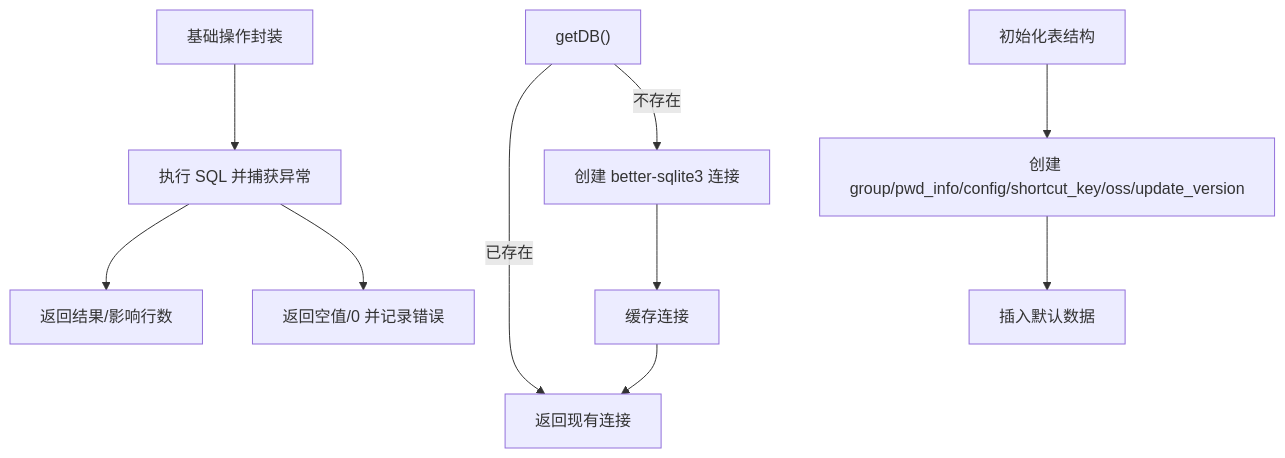
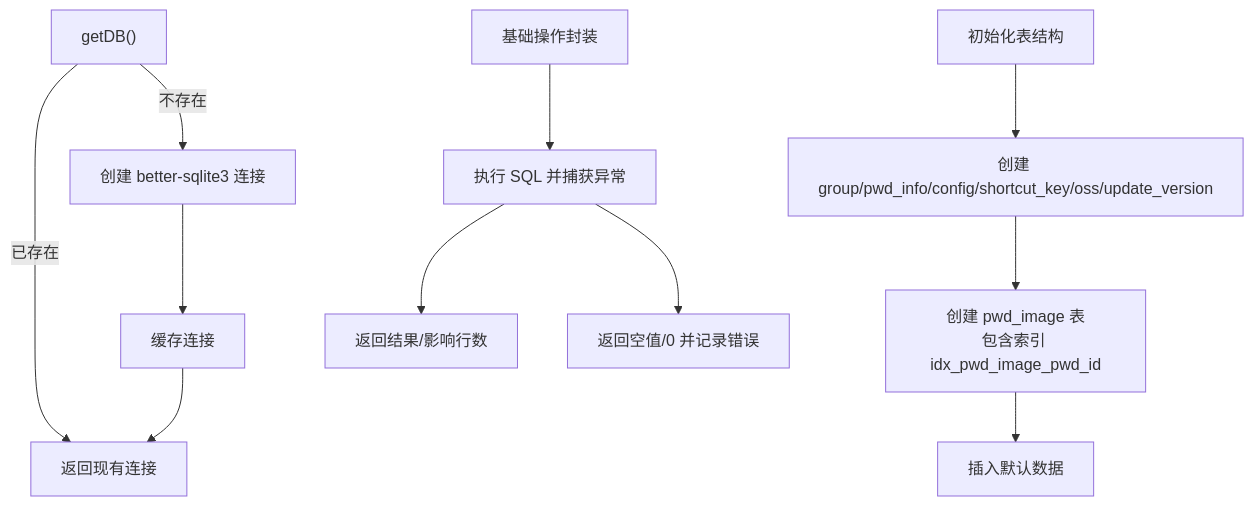
The sixth of 9 diagrams in .qoder/repowiki/zh/content/架构设计/IPC通信机制.md (scgithub3220216/password-manager), drawn with Mermaid before and after one commit. The commit also changed other lines of this file and 9 other files, not shown here.

First line of the commit message:
feat(sync): 新增图像数据同步支持

````diff
--- a/.qoder/repowiki/zh/content/架构设计/IPC通信机制.md
+++ b/.qoder/repowiki/zh/content/架构设计/IPC通信机制.md
@@ -242,12 +259,13 @@
 ```mermaid
 flowchart TD
 GetDB["getDB()"] --> |已存在| ReturnDB["返回现有连接"]
 GetDB --> |不存在| NewDB["创建 better-sqlite3 连接"]
 NewDB --> Store["缓存连接"]
 Store --> ReturnDB
 BaseOps["基础操作封装"] --> TryExec["执行 SQL 并捕获异常"]
 TryExec --> Success["返回结果/影响行数"]
 TryExec --> Error["返回空值/0 并记录错误"]
 Init["初始化表结构"] --> CreateTables["创建 group/pwd_info/config/shortcut_key/oss/update_version"]
-CreateTables --> InsertDefaults["插入默认数据"]
+CreateTables --> CreateImageTable["创建 pwd_image 表<br/>包含索引 idx_pwd_image_pwd_id"]
+CreateImageTable --> InsertDefaults["插入默认数据"]
 ```
````
